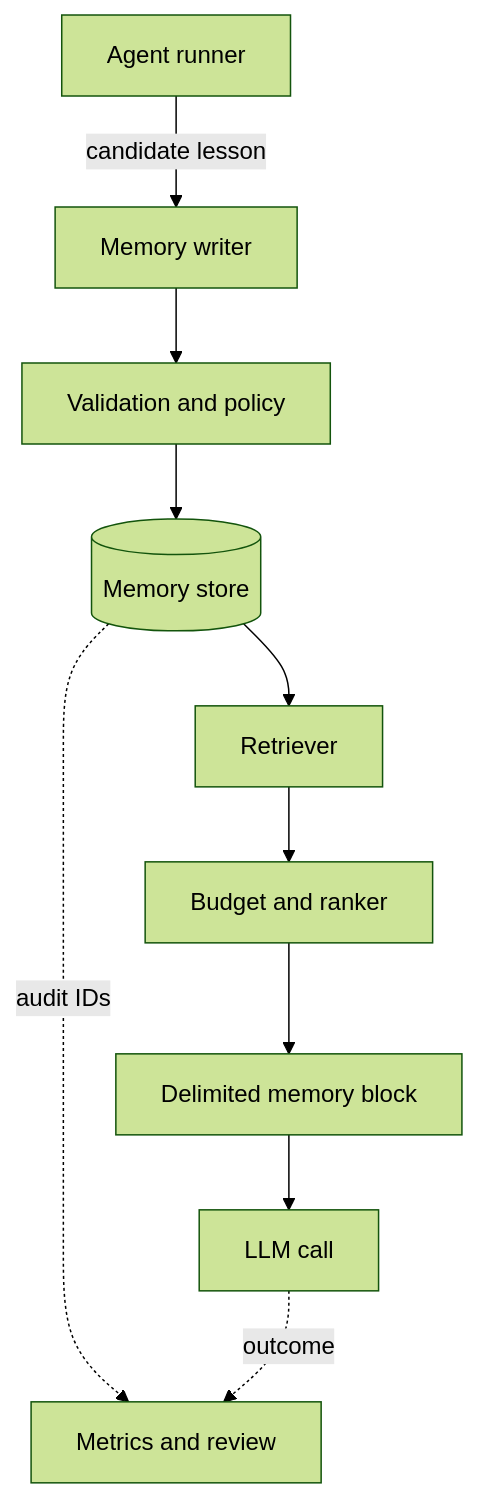
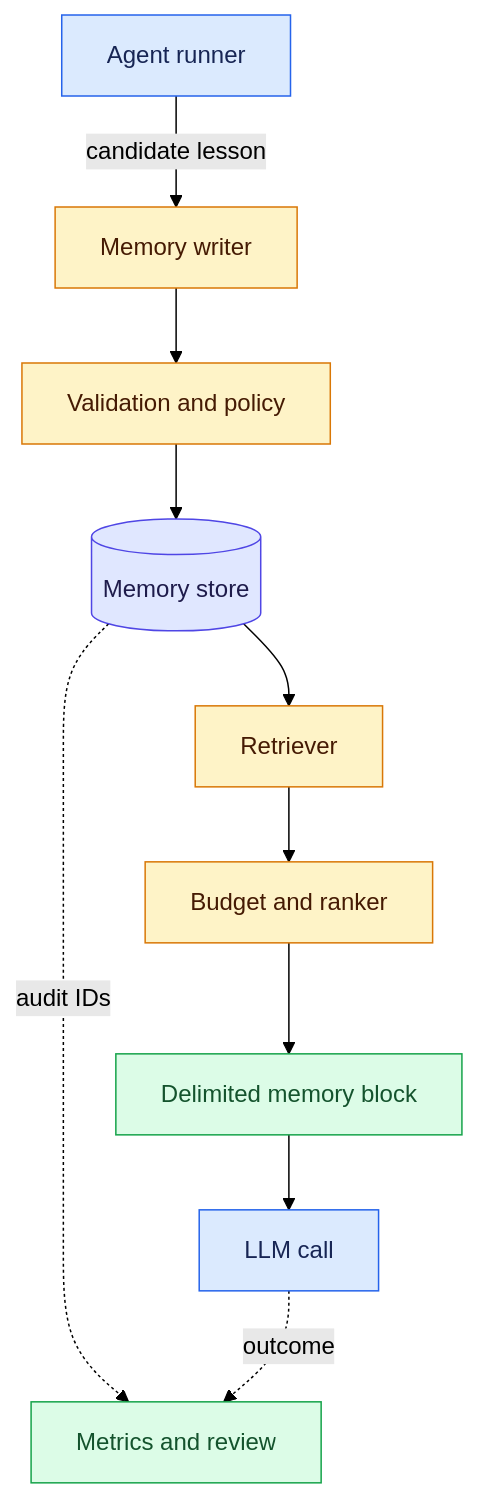
Before and after one commit to souradeepta/ai-monthly-concepts: the second of 2 diagrams in months/2026-08/02-agent-memory.md, drawn with Mermaid (forest theme). The commit also changed other lines of this file and 3 other files, not shown here.

````diff
--- a/months/2026-08/02-agent-memory.md
+++ b/months/2026-08/02-agent-memory.md
@@ -111,12 +141,20 @@
 ```mermaid
 flowchart TB
   A[Agent runner] -->|candidate lesson| W[Memory writer]
   W --> V[Validation and policy]
   V --> D[(Memory store)]
   D --> R[Retriever]
   R --> B[Budget and ranker]
   B --> X[Delimited memory block]
   X --> L[LLM call]
   D -. audit IDs .-> O[Metrics and review]
   L -. outcome .-> O
+  classDef actor fill:#dbeafe,stroke:#2563eb,color:#172554
+  classDef control fill:#fef3c7,stroke:#d97706,color:#451a03
+  classDef store fill:#e0e7ff,stroke:#4f46e5,color:#1e1b4b
+  classDef output fill:#dcfce7,stroke:#16a34a,color:#14532d
+  class A,L actor
+  class W,V,R,B control
+  class D store
+  class X,O output
 ```
````
